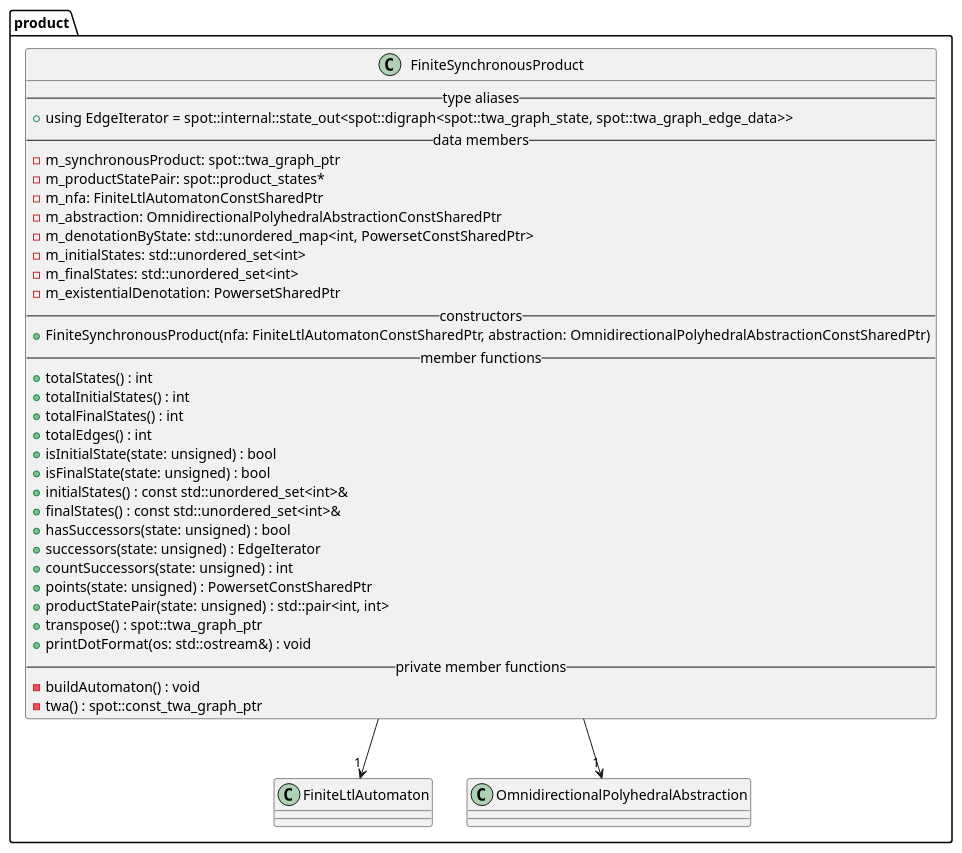
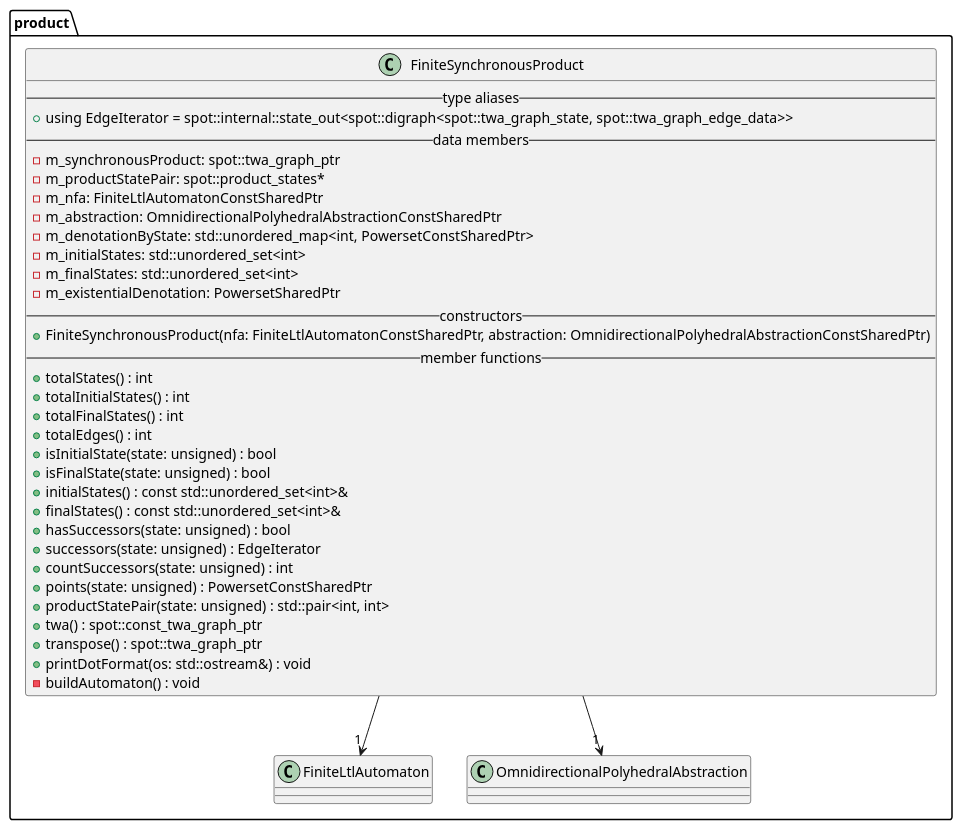
Before and after one commit to vtramo/rtl-mc: the diagram in docs/plantuml/product.puml, drawn with PlantUML. The commit also changed 7 other files, not shown here.

```diff
--- a/docs/plantuml/product.puml
+++ b/docs/plantuml/product.puml
@@ -1,42 +1,41 @@
 @startuml
 
 package product {
     class FiniteSynchronousProduct {
         -- type aliases --
         +using EdgeIterator = spot::internal::state_out<spot::digraph<spot::twa_graph_state, spot::twa_graph_edge_data>>
         -- data members --
         -m_synchronousProduct: spot::twa_graph_ptr
         -m_productStatePair: spot::product_states*
         -m_nfa: FiniteLtlAutomatonConstSharedPtr
         -m_abstraction: OmnidirectionalPolyhedralAbstractionConstSharedPtr
         -m_denotationByState: std::unordered_map<int, PowersetConstSharedPtr>
         -m_initialStates: std::unordered_set<int>
         -m_finalStates: std::unordered_set<int>
         -m_existentialDenotation: PowersetSharedPtr
         -- constructors --
         +FiniteSynchronousProduct(nfa: FiniteLtlAutomatonConstSharedPtr, abstraction: OmnidirectionalPolyhedralAbstractionConstSharedPtr)
         -- member functions --
         +totalStates() : int
         +totalInitialStates() : int
         +totalFinalStates() : int
         +totalEdges() : int
         +isInitialState(state: unsigned) : bool
         +isFinalState(state: unsigned) : bool
         +initialStates() : const std::unordered_set<int>&
         +finalStates() : const std::unordered_set<int>&
         +hasSuccessors(state: unsigned) : bool
         +successors(state: unsigned) : EdgeIterator
         +countSuccessors(state: unsigned) : int
         +points(state: unsigned) : PowersetConstSharedPtr
         +productStatePair(state: unsigned) : std::pair<int, int>
+        +twa() : spot::const_twa_graph_ptr
         +transpose() : spot::twa_graph_ptr
         +printDotFormat(os: std::ostream&) : void
-        -- private member functions --
         -buildAutomaton() : void
-        -twa() : spot::const_twa_graph_ptr
     }
 
     FiniteSynchronousProduct --> "1" FiniteLtlAutomaton
     FiniteSynchronousProduct --> "1" OmnidirectionalPolyhedralAbstraction
 }
 @enduml
```
